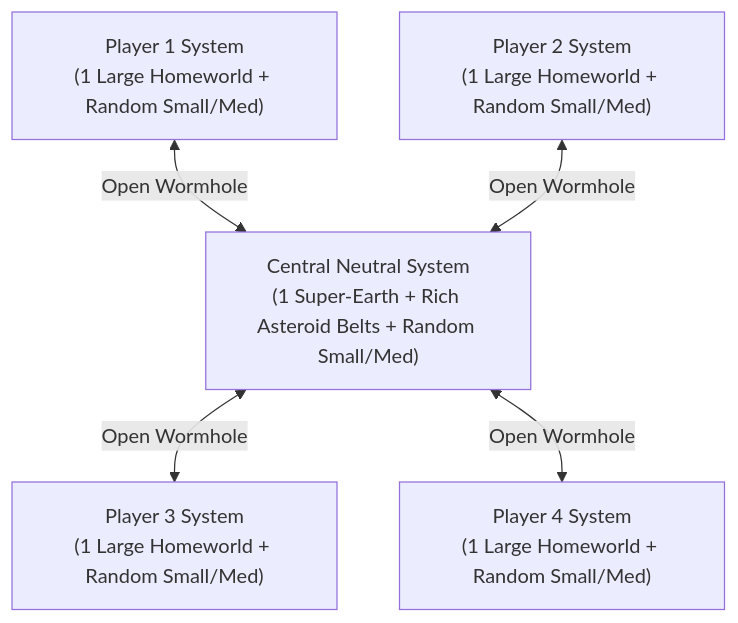
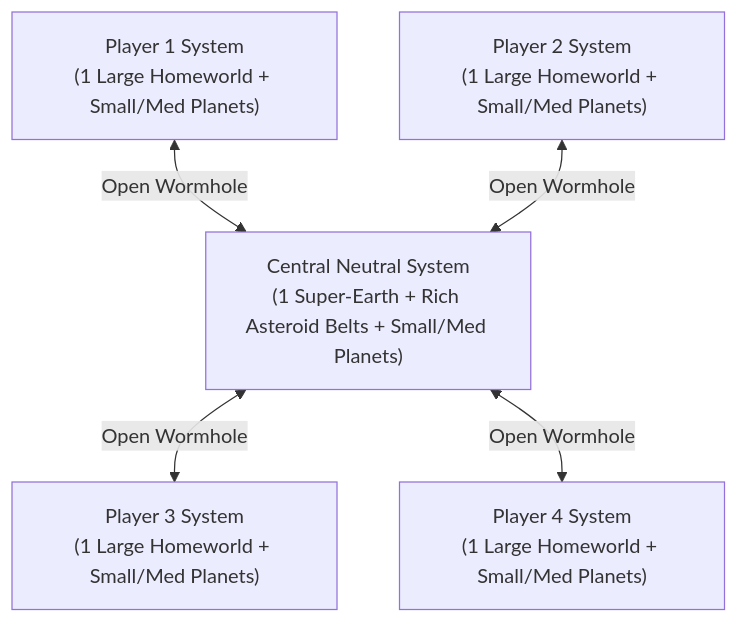
The first of 3 diagrams in README.md (Harkole/StarConquest), drawn with Mermaid before and after one commit. The commit also changed other lines of this file and 10 other files, not shown here.

````diff
--- a/README.md
+++ b/README.md
@@ -27,8 +27,8 @@
 ```mermaid
 flowchart TD
-    P1["Player 1 System<br/>(1 Large Homeworld + Random Small/Med)"] <-->|Open Wormhole| HUB
-    P2["Player 2 System<br/>(1 Large Homeworld + Random Small/Med)"] <-->|Open Wormhole| HUB
-    HUB["Central Neutral System<br/>(1 Super-Earth + Rich Asteroid Belts + Random Small/Med)"]
-    HUB <-->|Open Wormhole| P3["Player 3 System<br/>(1 Large Homeworld + Random Small/Med)"]
-    HUB <-->|Open Wormhole| P4["Player 4 System<br/>(1 Large Homeworld + Random Small/Med)"]
+    P1["Player 1 System<br/>(1 Large Homeworld + Small/Med Planets)"] <-->|Open Wormhole| HUB
+    P2["Player 2 System<br/>(1 Large Homeworld + Small/Med Planets)"] <-->|Open Wormhole| HUB
+    HUB["Central Neutral System<br/>(1 Super-Earth + Rich Asteroid Belts + Small/Med Planets)"]
+    HUB <-->|Open Wormhole| P3["Player 3 System<br/>(1 Large Homeworld + Small/Med Planets)"]
+    HUB <-->|Open Wormhole| P4["Player 4 System<br/>(1 Large Homeworld + Small/Med Planets)"]
 ```
````
